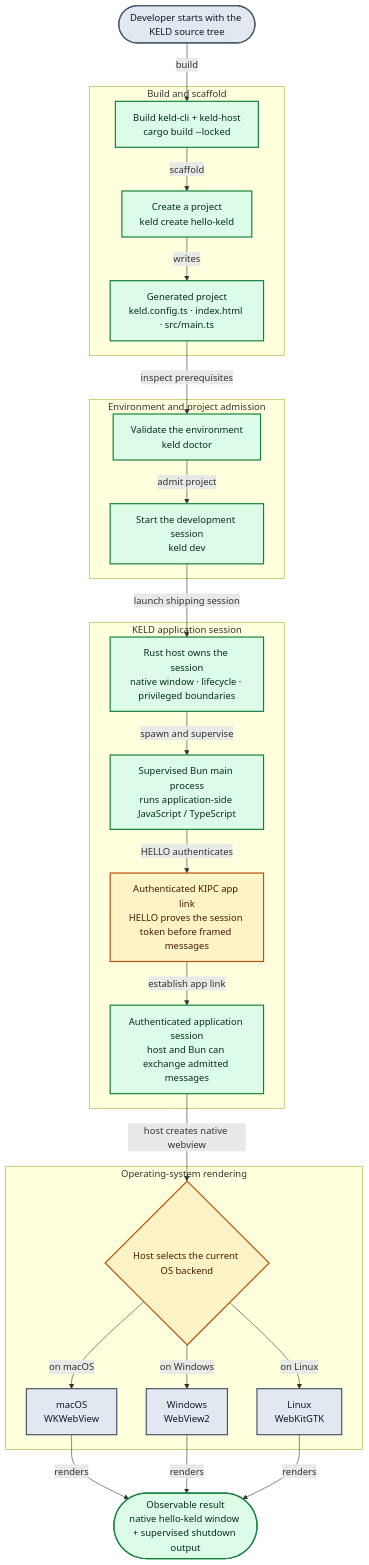
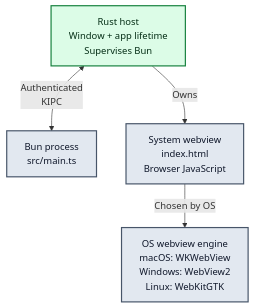
Before and after one commit to gyldlab/keld: the first of 2 diagrams in README.md, drawn with Mermaid. The commit also changed other lines of this file, not shown here.

````diff
--- a/README.md
+++ b/README.md
@@ -62,58 +141,19 @@
 ```mermaid
 flowchart TB
-    accTitle: From source to a running KELD desktop app
-    accDescr: A developer builds KELD, scaffolds and validates an app, starts a supervised Rust and Bun session, authenticates KIPC, selects the current operating-system webview, and observes a native hello-keld window plus shutdown output.
-    START(["Developer starts with the KELD source tree"])
+    accTitle: Current KELD runtime responsibilities
+    accDescr: The Rust host owns the native window and application session and supervises a separate Bun process running src/main.ts. Bun and the host exchange authenticated KIPC messages. The host owns the system webview, where index.html and browser JavaScript run. The engine is WKWebView on macOS, WebView2 on Windows, or WebKitGTK on Linux. A general renderer-to-host bridge is not implemented.
 
-    subgraph BUILD["Build and scaffold"]
-        BUILDCLI["Build keld-cli + keld-host<br/>cargo build --locked"]
-        CREATE["Create a project<br/>keld create hello-keld"]
-        PROJECT["Generated project<br/>keld.config.ts · index.html · src/main.ts"]
-    end
+    HOST["Rust host<br/>Window + app lifetime<br/>Supervises Bun"]
+    BUN["Bun process<br/>src/main.ts"]
+    VIEW["System webview<br/>index.html<br/>Browser JavaScript"]
+    ENGINE["OS webview engine<br/>macOS: WKWebView<br/>Windows: WebView2<br/>Linux: WebKitGTK"]
 
-    subgraph VALIDATE["Environment and project admission"]
-        DOCTOR["Validate the environment<br/>keld doctor"]
-        DEV["Start the development session<br/>keld dev"]
-    end
-
-    subgraph SESSION["KELD application session"]
-        HOST["Rust host owns the session<br/>native window · lifecycle · privileged boundaries"]
-        BUN["Supervised Bun main process<br/>runs application-side JavaScript / TypeScript"]
-        KIPC["Authenticated KIPC app link<br/>HELLO proves the session token before framed messages"]
-        ADMITTED["Authenticated application session<br/>host and Bun can exchange admitted messages"]
-    end
-
-    subgraph PLATFORM["Operating-system rendering"]
-        SELECT{"Host selects the current OS backend"}
-        MAC["macOS<br/>WKWebView"]
-        WINDOWS["Windows<br/>WebView2"]
-        LINUX["Linux<br/>WebKitGTK"]
-    end
-
-    RESULT(["Observable result<br/>native hello-keld window + supervised shutdown output"])
-
-    START -->|"build"| BUILDCLI
-    BUILDCLI -->|"scaffold"| CREATE
-    CREATE -->|"writes"| PROJECT
-    PROJECT -->|"inspect prerequisites"| DOCTOR
-    DOCTOR -->|"admit project"| DEV
-    DEV -->|"launch shipping session"| HOST
-    HOST -->|"spawn and supervise"| BUN
-    BUN -->|"HELLO authenticates"| KIPC
-    KIPC -->|"establish app link"| ADMITTED
-    ADMITTED -->|"host creates native webview"| SELECT
-    SELECT -->|"on macOS"| MAC
-    SELECT -->|"on Windows"| WINDOWS
-    SELECT -->|"on Linux"| LINUX
-    MAC -->|"renders"| RESULT
-    WINDOWS -->|"renders"| RESULT
-    LINUX -->|"renders"| RESULT
+    HOST <-->|"Authenticated<br/>KIPC"| BUN
+    HOST -->|"Owns"| VIEW
+    VIEW -->|"Chosen by OS"| ENGINE
 
     classDef current fill:#dcfce7,stroke:#15803d,color:#052e16,stroke-width:2px
-    classDef gate fill:#fef3c7,stroke:#b45309,color:#451a03,stroke-width:2px
     classDef external fill:#e2e8f0,stroke:#475569,color:#0f172a,stroke-width:2px
-
-    class BUILDCLI,CREATE,PROJECT,DOCTOR,DEV,HOST,BUN,ADMITTED,RESULT current;
-    class KIPC,SELECT gate;
-    class START,MAC,WINDOWS,LINUX external;
+    class HOST current;
+    class BUN,VIEW,ENGINE external;
 ```
````
